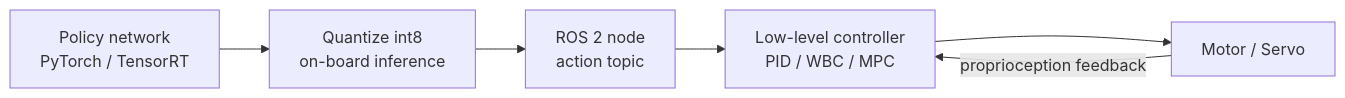
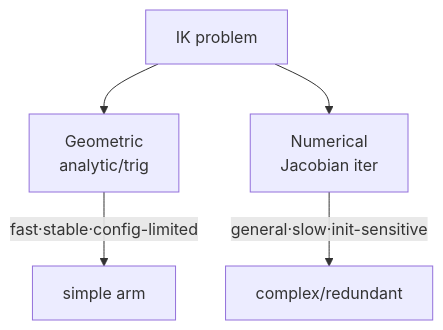
The diagram in study-log/2026-08-28-Real-Robot-Deployment-and-Embodied-Benchmarks-en.md (zizhengwang2026/Embodied-Intelligence-Learning), drawn with Mermaid before and after one commit. The commit also changed other lines of this file, not shown here.

Commit message:
Retry Day 15 en per plan: 060-062 geometric vs numerical IK

````diff
--- a/study-log/2026-08-28-Real-Robot-Deployment-and-Embodied-Benchmarks-en.md
+++ b/study-log/2026-08-28-Real-Robot-Deployment-and-Embodied-Benchmarks-en.md
@@ -28,8 +44,7 @@
 ```mermaid
-flowchart LR
-    P[Policy network<br>PyTorch / TensorRT] --> Q[Quantize int8<br>on-board inference]
-    Q --> ROS[ROS 2 node<br>action topic]
-    ROS --> CTRL[Low-level controller<br>PID / WBC / MPC]
-    CTRL --> M[Motor / Servo]
-    M -->|proprioception feedback| CTRL
+flowchart TD
+    IK[IK problem] --> GEO[Geometric<br>analytic/trig]
+    IK --> NUM[Numerical<br>Jacobian iter]
+    GEO -->|fast·stable·config-limited| R1[simple arm]
+    NUM -->|general·slow·init-sensitive| R2[complex/redundant]
 ```
````
